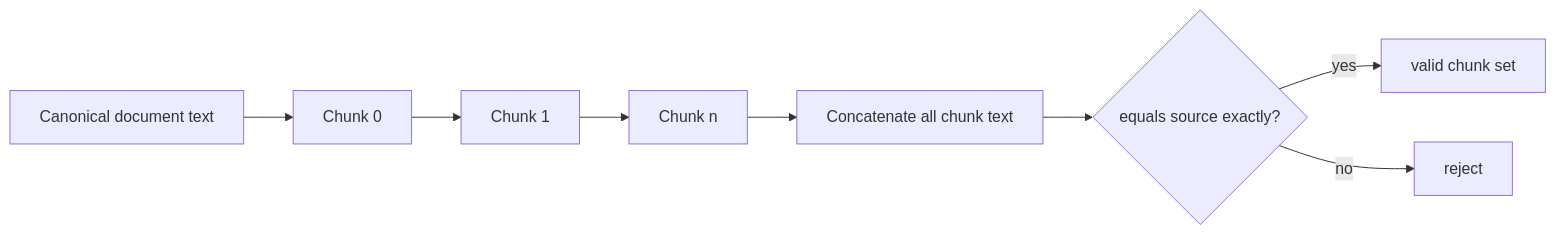
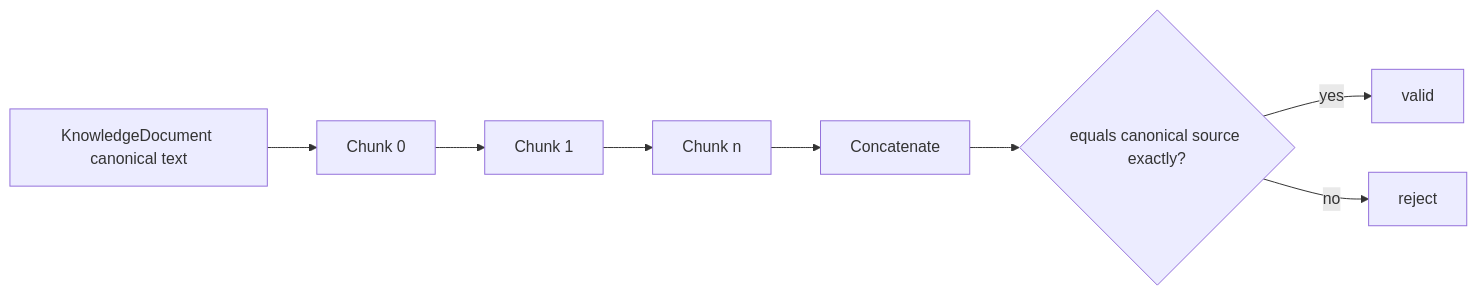
The sixth of 7 diagrams in docs/architecture/KNOWLEDGE_MODEL.md (kumarchandansingh/tropos), drawn with Mermaid before and after one commit. The commit also changed other lines of this file and 23 other files, not shown here.

````diff
--- a/docs/architecture/KNOWLEDGE_MODEL.md
+++ b/docs/architecture/KNOWLEDGE_MODEL.md
@@ -169,11 +198,11 @@
 ```mermaid
 flowchart LR
-    Source[Canonical document text]
+    Source[KnowledgeDocument canonical text]
     --> C0[Chunk 0]
     --> C1[Chunk 1]
     --> CN[Chunk n]
-    CN --> Rebuild[Concatenate all chunk text]
-    Rebuild --> Check{equals source exactly?}
-    Check -- yes --> Valid[valid chunk set]
+    --> Rebuild[Concatenate]
+    --> Check{equals canonical source exactly?}
+    Check -- yes --> Valid[valid]
     Check -- no --> Reject[reject]
 ```
````
